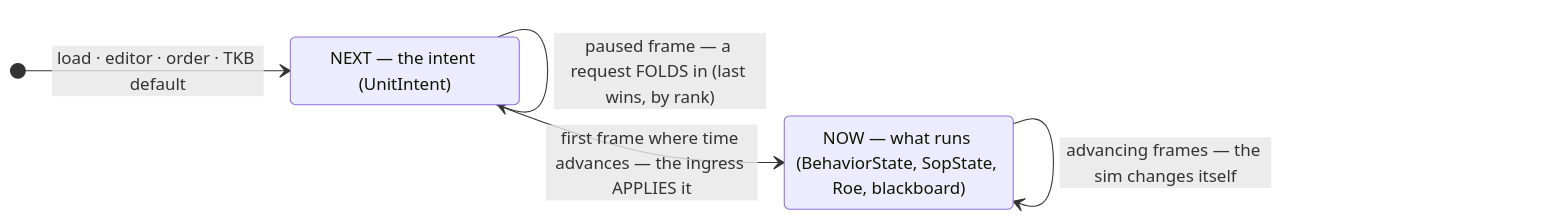
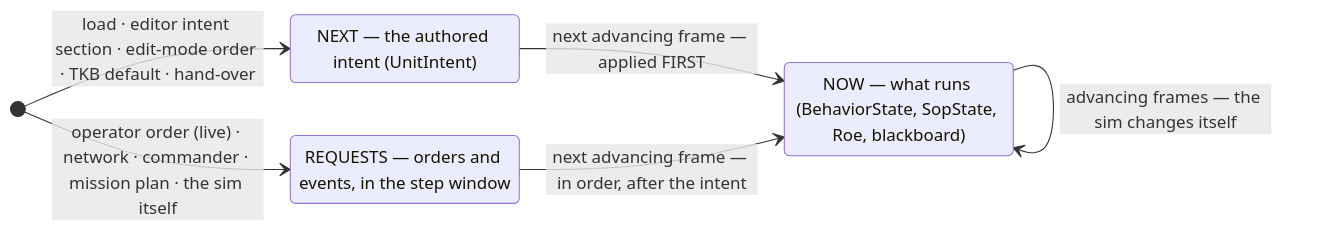
One commit to pjanec/HROT changed the first of 4 diagrams in docs/DESIGN_Unit_Intent.md. Above: the diagram before and after it, drawn with Mermaid. The commit also changed other lines of this file and 5 other files, not shown here.

First line of the commit message:
docs(CE-3494): fold the independent review into the unit intent design

````diff
--- a/docs/DESIGN_Unit_Intent.md
+++ b/docs/DESIGN_Unit_Intent.md
@@ -39,10 +40,12 @@
 ```mermaid
 stateDiagram-v2
     direction LR
-    state "NEXT — the intent (UnitIntent)" as N
+    state "NEXT — the authored intent (UnitIntent)" as N
+    state "REQUESTS — orders and events, in the step window" as Q
     state "NOW — what runs (BehaviorState, SopState, Roe, blackboard)" as R
-    [*] --> N : load · editor · order · TKB default
-    N --> N : paused frame — a request FOLDS in (last wins, by rank)
-    N --> R : first frame where time advances — the ingress APPLIES it
+    [*] --> N : load · editor intent section · edit-mode order · TKB default · hand-over
+    [*] --> Q : operator order (live) · network · commander · mission plan · the sim itself
+    N --> R : next advancing frame — applied FIRST
+    Q --> R : next advancing frame — in order, after the intent
     R --> R : advancing frames — the sim changes itself
 ```
````
